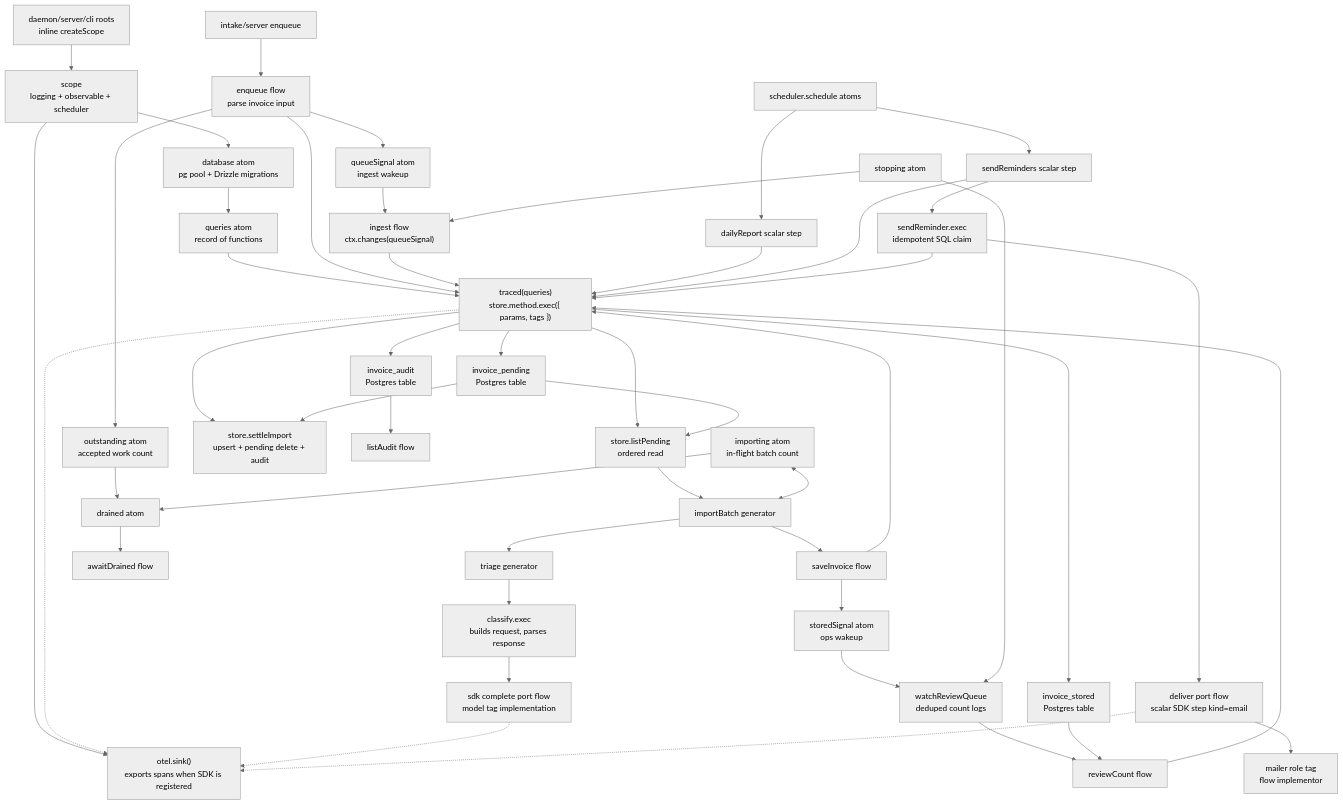
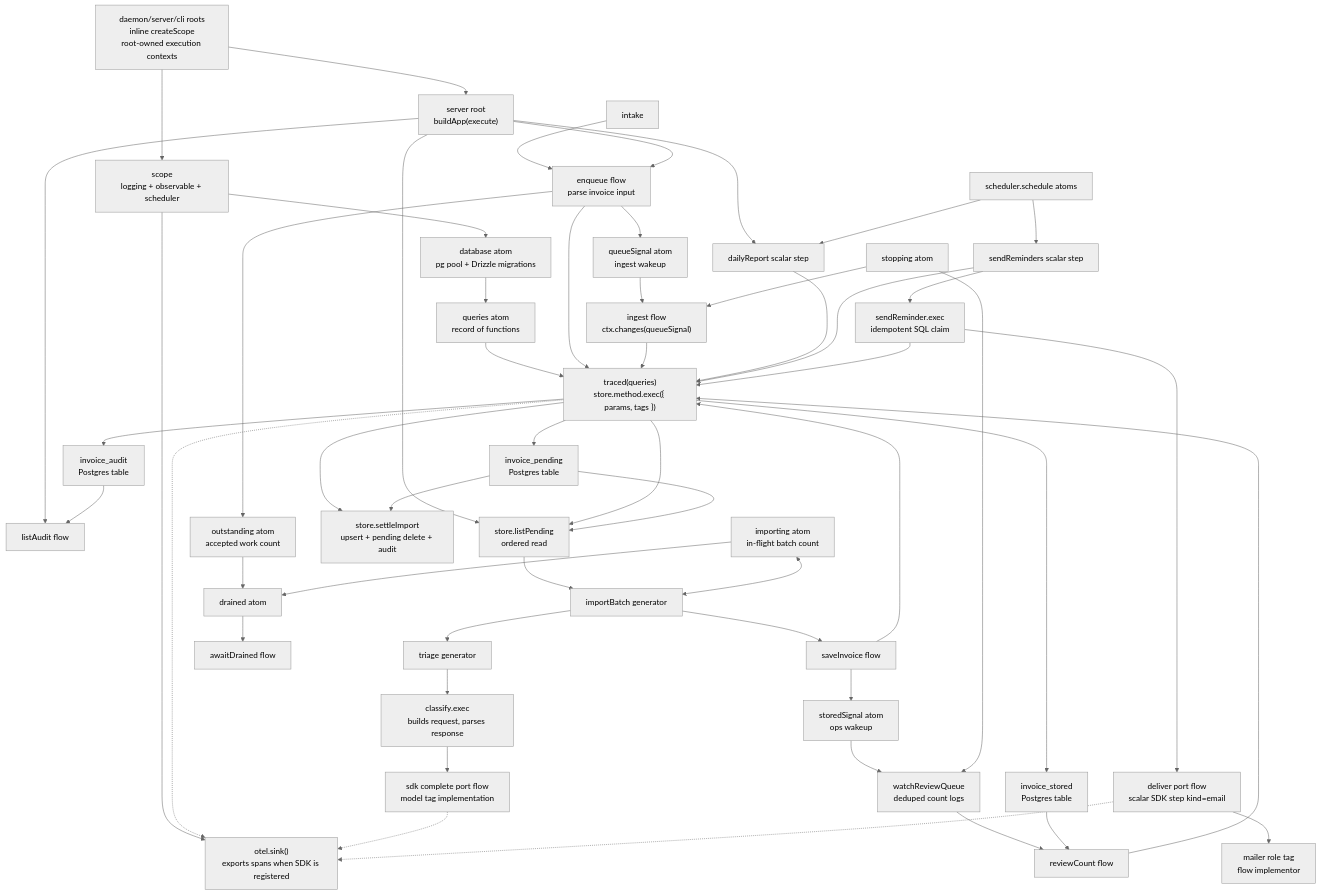
The diagram in examples/invoice-triage/README.md (pumped-fn/pumped-fn), drawn with Mermaid (neutral theme) before and after one commit. The commit also changed other lines of this file and 8 other files, not shown here.

First line of the commit message:
refactor(example,lint): boundary to the root — buildApp(execute), no-scope-reach rule

````diff
--- a/examples/invoice-triage/README.md
+++ b/examples/invoice-triage/README.md
@@ -22,52 +22,57 @@
 ```mermaid
 flowchart TD
-  Root["daemon/server/cli roots<br/>inline createScope"] --> Scope["scope<br/>logging + observable + scheduler"]
+  Root["daemon/server/cli roots<br/>inline createScope<br/>root-owned execution contexts"] --> Scope["scope<br/>logging + observable + scheduler"]
+  Root --> ServerBoundary["server root<br/>buildApp(execute)"]
   Scope --> OTel["otel.sink()<br/>exports spans when SDK is registered"]
   Scope --> DB["database atom<br/>pg pool + Drizzle migrations"]
   DB --> Queries["queries atom<br/>record of functions"]
   Queries --> Store["traced(queries)<br/>store.method.exec({ params, tags })"]
 
-  Intake["intake/server enqueue"] --> Producer["enqueue flow<br/>parse invoice input"]
+  Intake["intake"] --> Producer["enqueue flow<br/>parse invoice input"]
+  ServerBoundary --> Producer
+  ServerBoundary --> Report
+  ServerBoundary --> OpsTrail
+  ServerBoundary --> PendingRead
   Producer --> Store
   Store --> Pending["invoice_pending<br/>Postgres table"]
   Store --> Audit["invoice_audit<br/>Postgres table"]
   Producer --> Outstanding["outstanding atom<br/>accepted work count"]
   Producer --> QueueSignal["queueSignal atom<br/>ingest wakeup"]
 
   QueueSignal --> Ingest["ingest flow<br/>ctx.changes(queueSignal)"]
   Stopping["stopping atom"] --> Ingest
   Ingest --> Store
   Store --> PendingRead["store.listPending<br/>ordered read"]
   Pending --> PendingRead
   PendingRead --> Import["importBatch generator"]
   Importing["importing atom<br/>in-flight batch count"] <--> Import
   Import --> Triage["triage generator"]
   Triage --> Classify["classify.exec<br/>builds request, parses response"]
   Classify --> Complete["sdk complete port flow<br/>model tag implementation"]
   Import --> Save["saveInvoice flow"]
   Save --> Store
   Store --> Settle["store.settleImport<br/>upsert + pending delete + audit"]
   Pending --> Settle
   Store --> Stored["invoice_stored<br/>Postgres table"]
   Save --> StoredSignal["storedSignal atom<br/>ops wakeup"]
   Outstanding --> Drained["drained atom"]
   Importing --> Drained
   Drained --> Await["awaitDrained flow"]
   StoredSignal --> Ops["watchReviewQueue<br/>deduped count logs"]
   Stopping --> Ops
   Ops --> Review["reviewCount flow"]
   Review --> Store
   Stored --> Review
   Audit --> OpsTrail["listAudit flow"]
   Scheduler["scheduler.schedule atoms"] --> Report["dailyReport scalar step"]
   Scheduler --> Reminders["sendReminders scalar step"]
   Report --> Store
   Reminders --> Store
   Reminders --> SendOne["sendReminder.exec<br/>idempotent SQL claim"]
   SendOne --> Store
   SendOne --> Deliver["deliver port flow<br/>scalar SDK step kind=email"]
   Deliver --> Mailer["mailer role tag<br/>flow implementor"]
   Store -.-> OTel
   Complete -.-> OTel
   Deliver -.-> OTel
 ```
````
